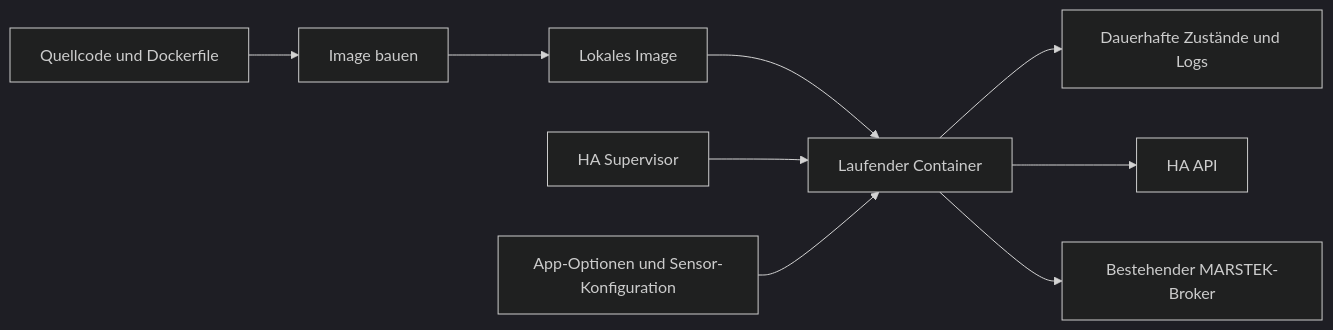
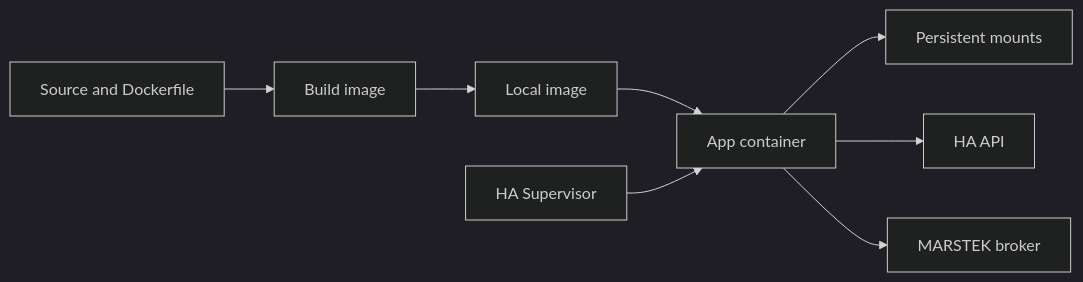
Before and after one commit to hermava/residential-energy-management: the diagram in docs/container-guide.md, drawn with Mermaid (dark theme). The commit also changed other lines of this file and 7 other files, not shown here.

````diff
--- a/docs/container-guide.md
+++ b/docs/container-guide.md
@@ -38,11 +22,10 @@
 ```mermaid
 flowchart LR
-    SOURCE[Quellcode und Dockerfile] --> BUILD[Image bauen]
-    BUILD --> IMAGE[Lokales Image]
-    IMAGE --> CONTAINER[Laufender Container]
+    SOURCE[Source and Dockerfile] --> BUILD[Build image]
+    BUILD --> IMAGE[Local image]
+    IMAGE --> CONTAINER[App container]
     SUPERVISOR[HA Supervisor] --> CONTAINER
-    OPTIONS[App-Optionen und Sensor-Konfiguration] --> CONTAINER
-    CONTAINER --> DATA[Dauerhafte Zustände und Logs]
+    CONTAINER --> DATA[Persistent mounts]
     CONTAINER --> HA[HA API]
-    CONTAINER --> MQTT[Bestehender MARSTEK-Broker]
+    CONTAINER --> MQTT[MARSTEK broker]
 ```
````
